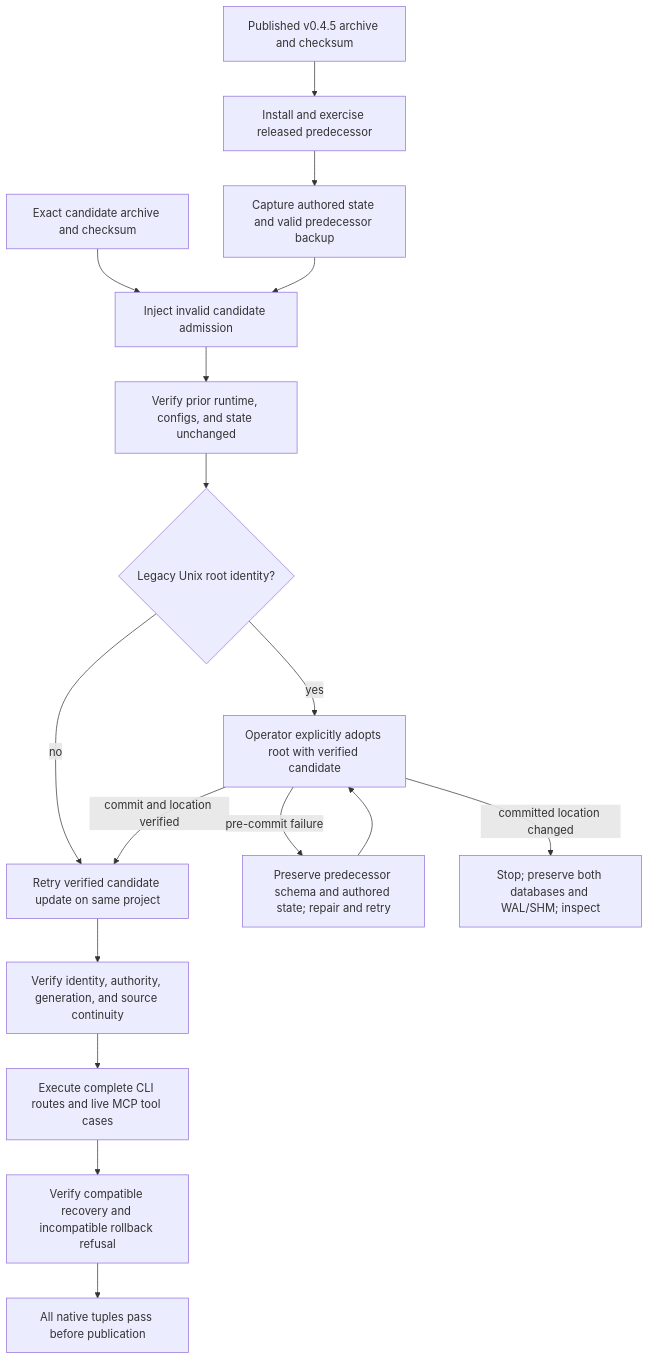
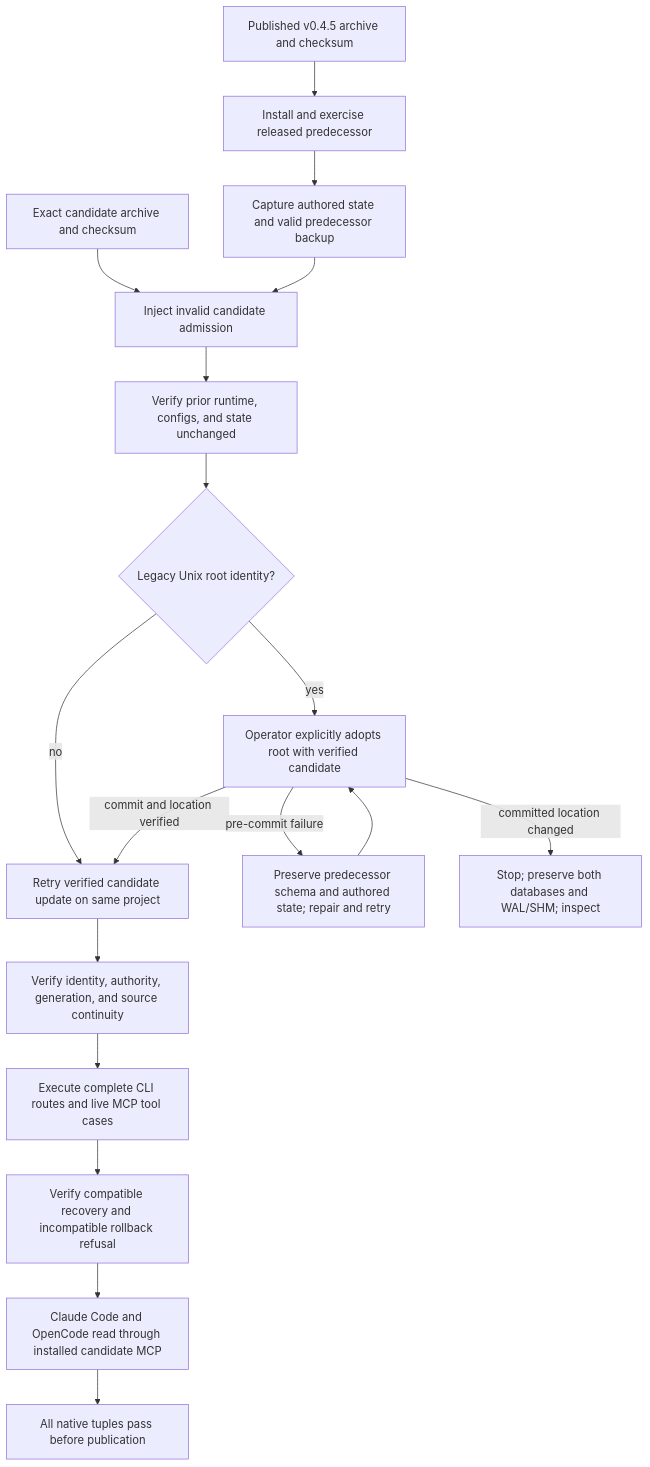
One commit to styler-ai/ProjectAtlas changed diagram 29 of 29 in docs/v050-release-architecture.md. Above: the diagram before and after it, drawn with Mermaid. The commit also changed other lines of this file, not shown here.

Commit message:
docs: reconcile installed reader release gate (#593)

````diff
--- a/docs/v050-release-architecture.md
+++ b/docs/v050-release-architecture.md
@@ -670,19 +675,20 @@
 ```mermaid
 flowchart TD
   Published[Published v0.4.5 archive and checksum] --> Old[Install and exercise released predecessor]
   Old --> State[Capture authored state and valid predecessor backup]
   Candidate[Exact candidate archive and checksum] --> Refusal[Inject invalid candidate admission]
   State --> Refusal
   Refusal --> Preserve[Verify prior runtime, configs, and state unchanged]
   Preserve --> Legacy{Legacy Unix root identity?}
   Legacy -->|no| Retry[Retry verified candidate update on same project]
   Legacy -->|yes| Adopt[Operator explicitly adopts root with verified candidate]
   Adopt -->|commit and location verified| Retry
   Adopt -->|pre-commit failure| Rollback[Preserve predecessor schema and authored state; repair and retry]
   Adopt -->|committed location changed| PreserveBoth[Stop; preserve both databases and WAL/SHM; inspect]
   Rollback --> Adopt
   Retry --> Continuity[Verify identity, authority, generation, and source continuity]
   Continuity --> Routes[Execute complete CLI routes and live MCP tool cases]
   Routes --> Recovery[Verify compatible recovery and incompatible rollback refusal]
-  Recovery --> Gate[All native tuples pass before publication]
+  Recovery --> Readers[Claude Code and OpenCode read through installed candidate MCP]
+  Readers --> Gate[All native tuples pass before publication]
 ```
````
